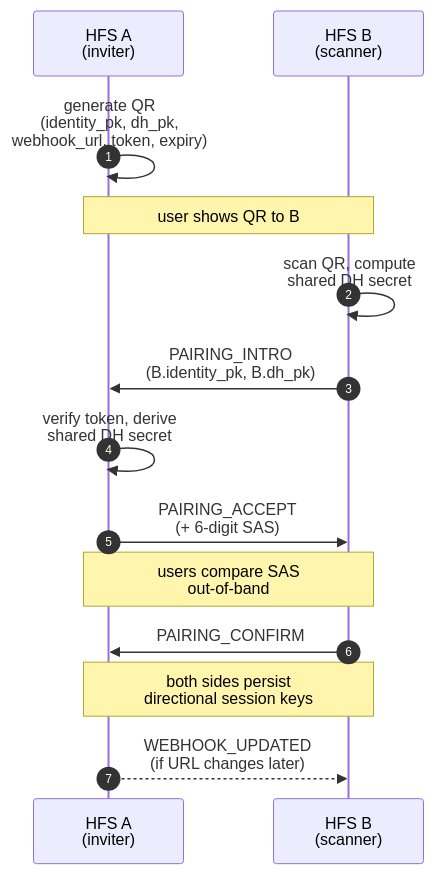
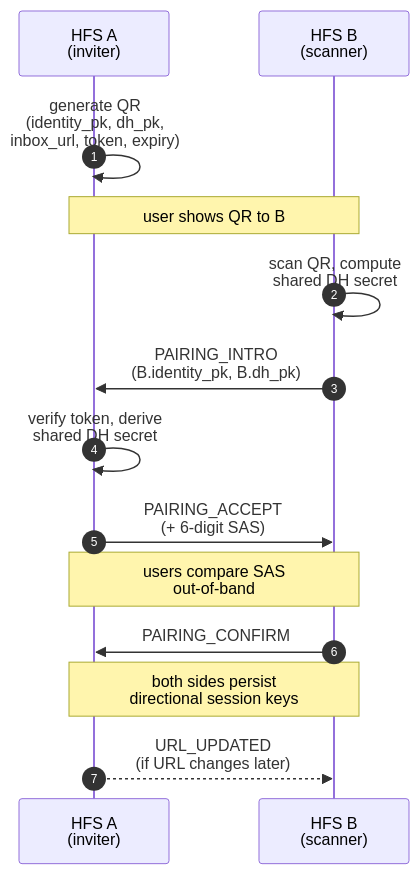
The first of 2 diagrams in docs/protocol/pairing.md (social-home-io/socialhome), drawn with Mermaid before and after one commit. The commit also changed other lines of this file and 183 other files, not shown here.

First line of the commit message:
chore: rename webhook → inbox across core + GFS (§11 terminology)

````diff
--- a/docs/protocol/pairing.md
+++ b/docs/protocol/pairing.md
@@ -22,16 +22,16 @@
 ```mermaid
 sequenceDiagram
     autonumber
     participant A as HFS A<br/>(inviter)
     participant B as HFS B<br/>(scanner)
-    A->>A: generate QR<br/>(identity_pk, dh_pk,<br/>webhook_url, token, expiry)
+    A->>A: generate QR<br/>(identity_pk, dh_pk,<br/>inbox_url, token, expiry)
     Note over A,B: user shows QR to B
     B->>B: scan QR, compute<br/>shared DH secret
     B->>A: PAIRING_INTRO<br/>(B.identity_pk, B.dh_pk)
     A->>A: verify token, derive<br/>shared DH secret
     A->>B: PAIRING_ACCEPT<br/>(+ 6-digit SAS)
     Note over A,B: users compare SAS<br/>out-of-band
     B->>A: PAIRING_CONFIRM
     Note over A,B: both sides persist<br/>directional session keys
-    A-->>B: WEBHOOK_UPDATED<br/>(if URL changes later)
+    A-->>B: URL_UPDATED<br/>(if URL changes later)
 ```
````
